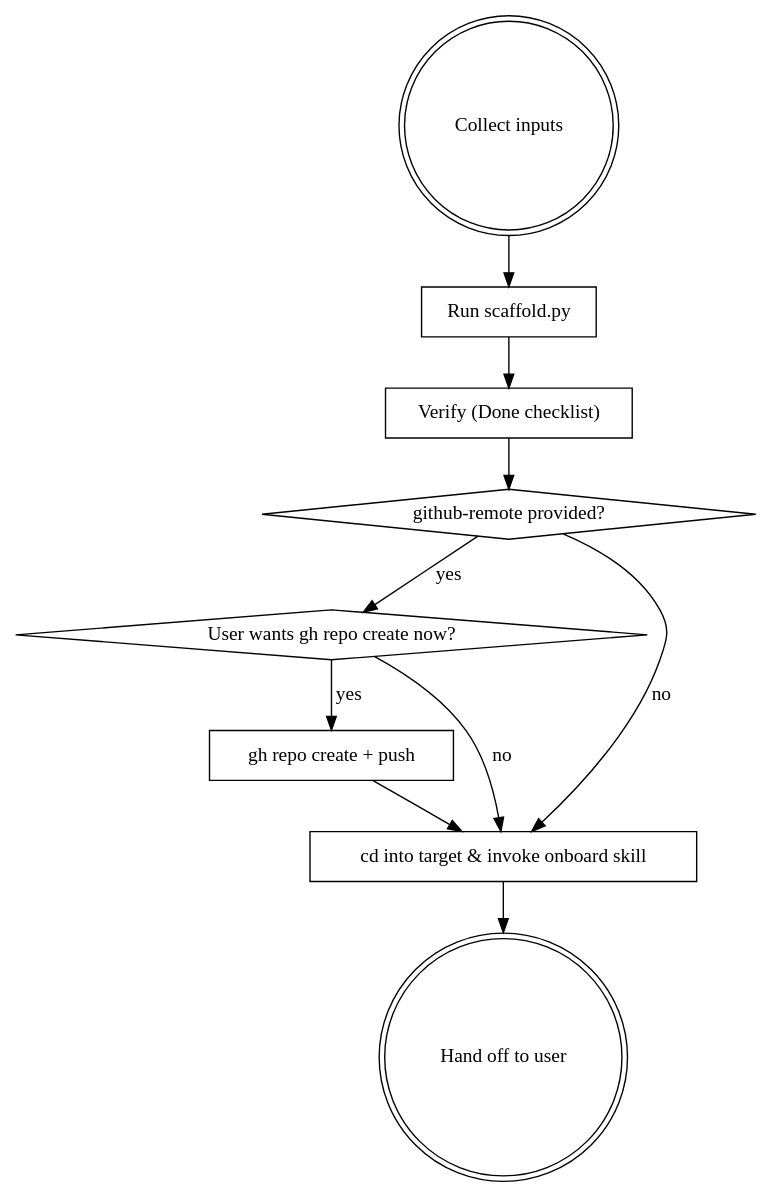
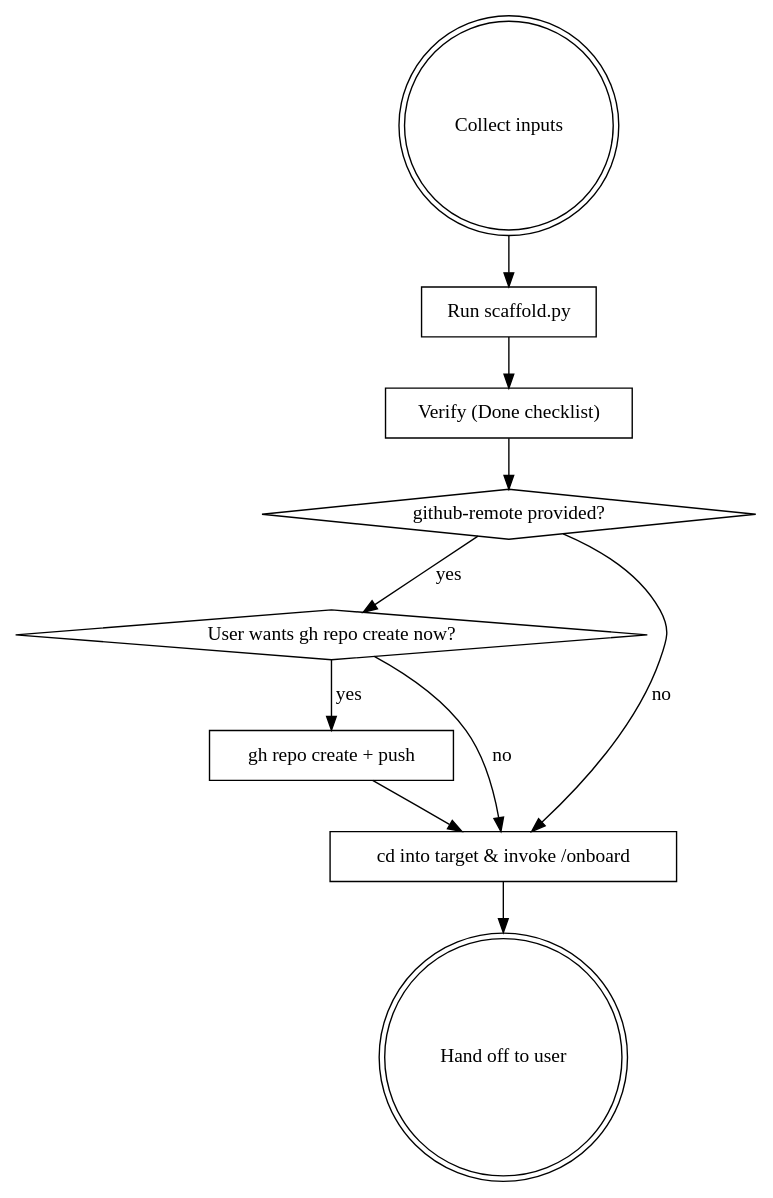
One commit to GiggleLiu/zlp-harness changed the diagram in skills/init-harness/SKILL.md. Above: the diagram before and after it, drawn with Graphviz. The commit also changed other lines of this file and 8 other files, not shown here.

````diff
--- a/skills/init-harness/SKILL.md
+++ b/skills/init-harness/SKILL.md
@@ -50,21 +53,21 @@
 ```dot
 digraph init_harness {
     "Collect inputs" [shape=doublecircle];
     "Run scaffold.py" [shape=box];
     "Verify (Done checklist)" [shape=box];
     "github-remote provided?" [shape=diamond];
     "User wants gh repo create now?" [shape=diamond];
     "gh repo create + push" [shape=box];
-    "cd into target & invoke onboard skill" [shape=box];
+    "cd into target & invoke /onboard" [shape=box];
     "Hand off to user" [shape=doublecircle];
 
     "Collect inputs" -> "Run scaffold.py" -> "Verify (Done checklist)";
     "Verify (Done checklist)" -> "github-remote provided?";
     "github-remote provided?" -> "User wants gh repo create now?" [label="yes"];
-    "github-remote provided?" -> "cd into target & invoke onboard skill" [label="no"];
+    "github-remote provided?" -> "cd into target & invoke /onboard" [label="no"];
     "User wants gh repo create now?" -> "gh repo create + push" [label="yes"];
-    "User wants gh repo create now?" -> "cd into target & invoke onboard skill" [label="no"];
-    "gh repo create + push" -> "cd into target & invoke onboard skill";
-    "cd into target & invoke onboard skill" -> "Hand off to user";
+    "User wants gh repo create now?" -> "cd into target & invoke /onboard" [label="no"];
+    "gh repo create + push" -> "cd into target & invoke /onboard";
+    "cd into target & invoke /onboard" -> "Hand off to user";
 }
 ```
````
